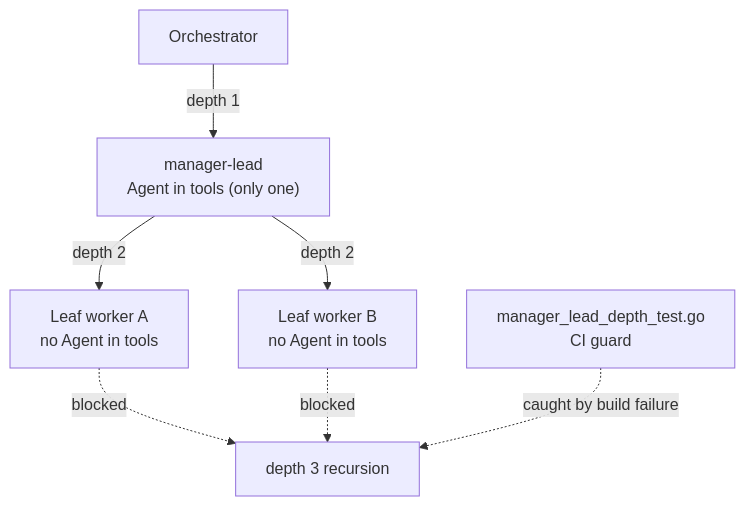
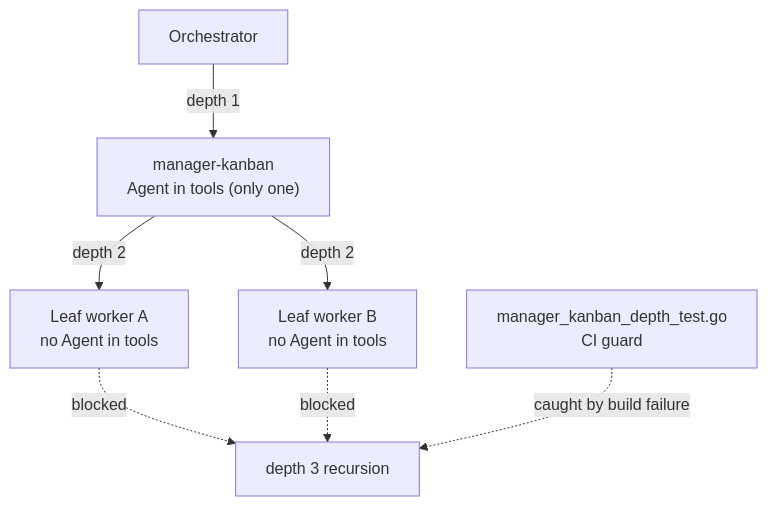
One commit to modu-ai/moai-adk changed the third of 5 diagrams in docs-site/content/en/advanced/agent-guide.md. Above: the diagram before and after it, drawn with Mermaid. The commit also changed other lines of this file and 69 other files, not shown here.

First line of the commit message:
feat(kanban): rename manager-lead to manager-kanban + add /moai todo backlog and dispatch protocol

````diff
--- a/docs-site/content/en/advanced/agent-guide.md
+++ b/docs-site/content/en/advanced/agent-guide.md
@@ -165,9 +165,9 @@
 ```mermaid
 flowchart TD
-    ORCH["Orchestrator"] -->|"depth 1"| LEAD["manager-lead<br>Agent in tools (only one)"]
+    ORCH["Orchestrator"] -->|"depth 1"| LEAD["manager-kanban<br>Agent in tools (only one)"]
     LEAD -->|"depth 2"| W1["Leaf worker A<br>no Agent in tools"]
     LEAD -->|"depth 2"| W2["Leaf worker B<br>no Agent in tools"]
     W1 -.->|"blocked"| X["depth 3 recursion"]
     W2 -.->|"blocked"| X
-    GUARD["manager_lead_depth_test.go<br>CI guard"] -.->|"caught by build failure"| X
+    GUARD["manager_kanban_depth_test.go<br>CI guard"] -.->|"caught by build failure"| X
 ```
````
